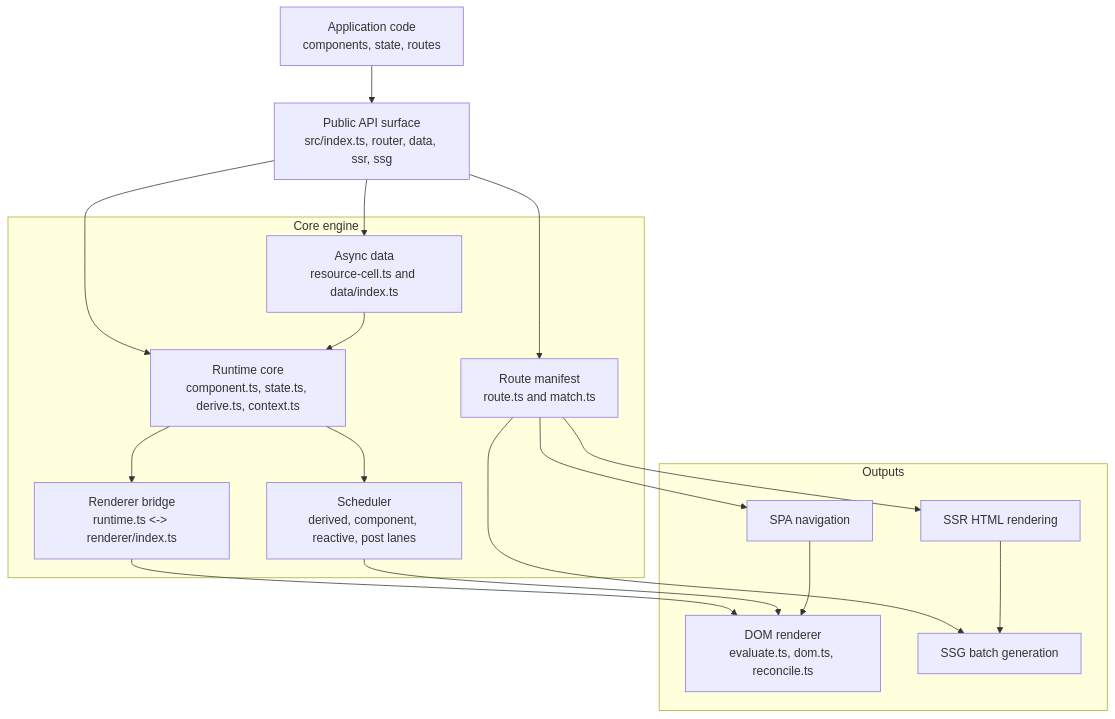
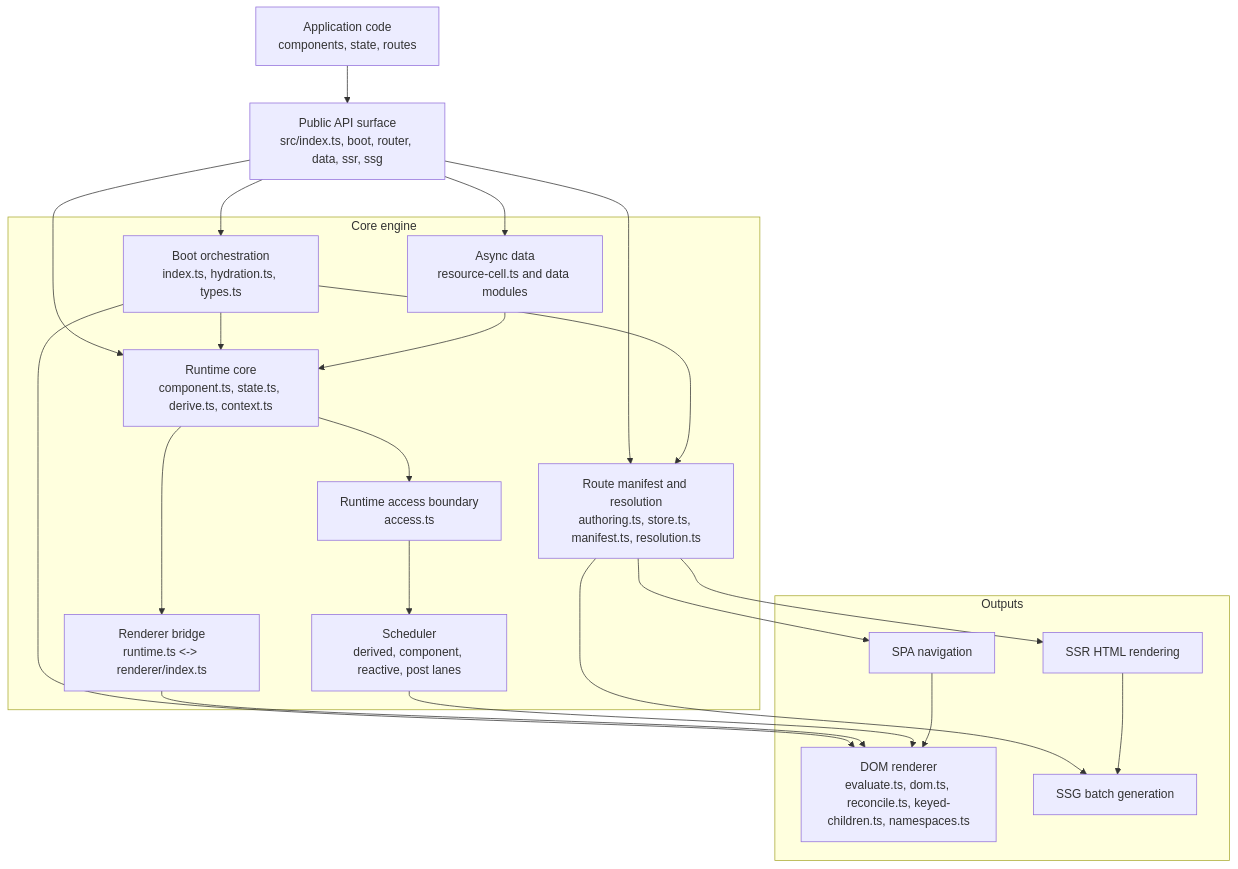
Before and after one commit to askrjs/askr: the first of 2 diagrams in docs/internals/core-engine-design.md, drawn with Mermaid. The commit also changed other lines of this file and 12 other files, not shown here.

Commit message:
Refactor architecture facades

````diff
--- a/docs/internals/core-engine-design.md
+++ b/docs/internals/core-engine-design.md
@@ -15,35 +15,42 @@
 ```mermaid
 flowchart TB
   app[Application code<br/>components, state, routes]
-  publicApi[Public API surface<br/>src/index.ts, router, data, ssr, ssg]
+  publicApi[Public API surface<br/>src/index.ts, boot, router, data, ssr, ssg]
 
   subgraph engine[Core engine]
+    boot[Boot orchestration<br/>index.ts, hydration.ts, types.ts]
     runtime[Runtime core<br/>component.ts, state.ts, derive.ts, context.ts]
+    runtimeAccess[Runtime access boundary<br/>access.ts]
     scheduler[Scheduler<br/>derived, component, reactive, post lanes]
     rendererBridge[Renderer bridge<br/>runtime.ts <-> renderer/index.ts]
-    routerManifest[Route manifest<br/>route.ts and match.ts]
-    asyncData[Async data<br/>resource-cell.ts and data/index.ts]
+    routerManifest[Route manifest and resolution<br/>authoring.ts, store.ts, manifest.ts, resolution.ts]
+    asyncData[Async data<br/>resource-cell.ts and data modules]
   end
 
   subgraph outputs[Outputs]
-    dom[DOM renderer<br/>evaluate.ts, dom.ts, reconcile.ts]
+    dom[DOM renderer<br/>evaluate.ts, dom.ts, reconcile.ts, keyed-children.ts, namespaces.ts]
     spa[SPA navigation]
     ssr[SSR HTML rendering]
     ssg[SSG batch generation]
   end
 
   app --> publicApi
+  publicApi --> boot
   publicApi --> runtime
   publicApi --> routerManifest
   publicApi --> asyncData
-  runtime --> scheduler
+  boot --> runtime
+  boot --> routerManifest
+  boot --> dom
+  runtime --> runtimeAccess
+  runtimeAccess --> scheduler
   runtime --> rendererBridge
   asyncData --> runtime
   routerManifest --> spa
   routerManifest --> ssr
   routerManifest --> ssg
   rendererBridge --> dom
   scheduler --> dom
   spa --> dom
   ssr --> ssg
 ```
````
